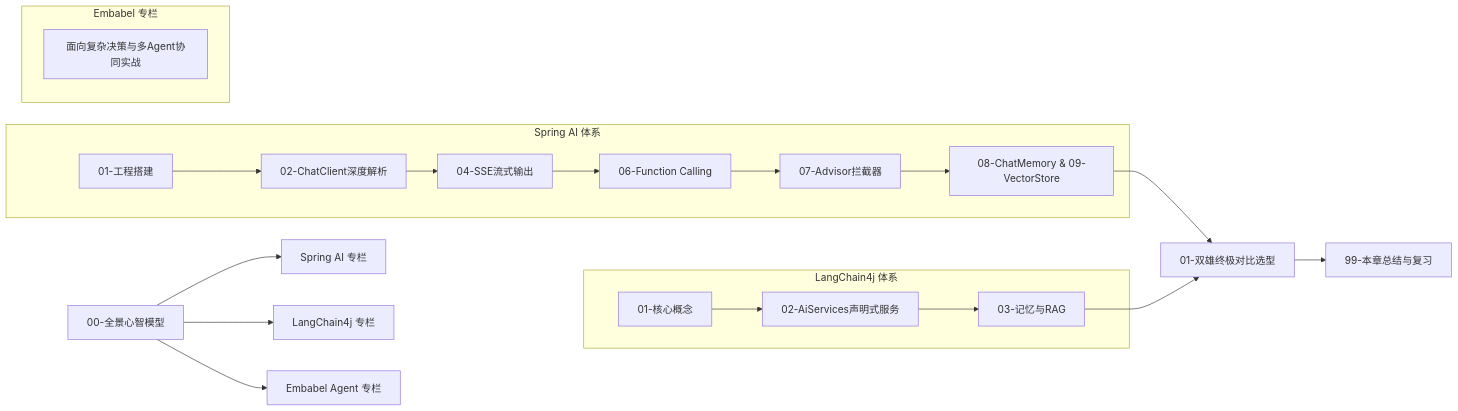
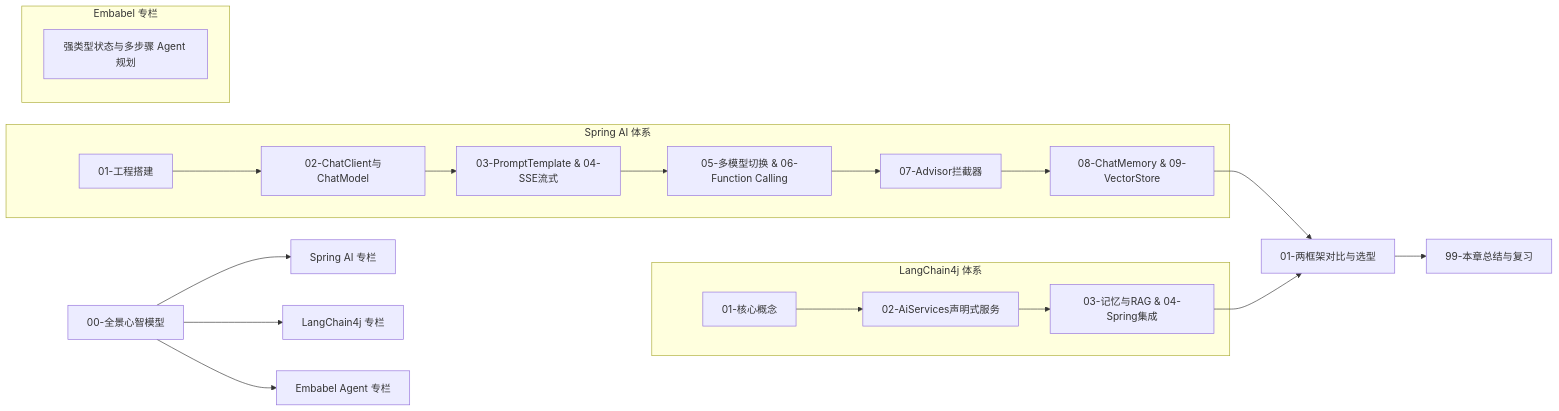
Before and after one commit to GuoWWWX/knowledge-base: the third of 3 diagrams in 10-AI应用开发/02-框架-SpringAI与LangChain4j/00-Java-AI框架全景与心智模型.md, drawn with Mermaid. The commit also changed other lines of this file and 251 other files, not shown here.

````diff
--- a/10-AI应用开发/02-框架-SpringAI与LangChain4j/00-Java-AI框架全景与心智模型.md
+++ b/10-AI应用开发/02-框架-SpringAI与LangChain4j/00-Java-AI框架全景与心智模型.md
@@ -189,27 +167,27 @@
 ```mermaid
 flowchart LR
     A[00-全景心智模型] --> B[Spring AI 专栏]
     A --> C[LangChain4j 专栏]
     A --> D[Embabel Agent 专栏]
 
     subgraph SAI["Spring AI 体系"]
-        B1["01-工程搭建"] --> B2["02-ChatClient深度解析"]
-        B2 --> B3["04-SSE流式输出"]
-        B3 --> B4["06-Function Calling"]
+        B1["01-工程搭建"] --> B2["02-ChatClient与ChatModel"]
+        B2 --> B3["03-PromptTemplate & 04-SSE流式"]
+        B3 --> B4["05-多模型切换 & 06-Function Calling"]
         B4 --> B5["07-Advisor拦截器"]
         B5 --> B6["08-ChatMemory & 09-VectorStore"]
     end
 
     subgraph LC4J["LangChain4j 体系"]
         C1["01-核心概念"] --> C2["02-AiServices声明式服务"]
-        C2 --> C3["03-记忆与RAG"]
+        C2 --> C3["03-记忆与RAG & 04-Spring集成"]
     end
 
     subgraph EMB["Embabel 专栏"]
-        D1["面向复杂决策与多Agent协同实战"]
+        D1["强类型状态与多步骤 Agent 规划"]
     end
 
-    B6 --> CMP["01-双雄终极对比选型"]
+    B6 --> CMP["01-两框架对比与选型"]
     C3 --> CMP
     CMP --> FIN["99-本章总结与复习"]
 ```
````
